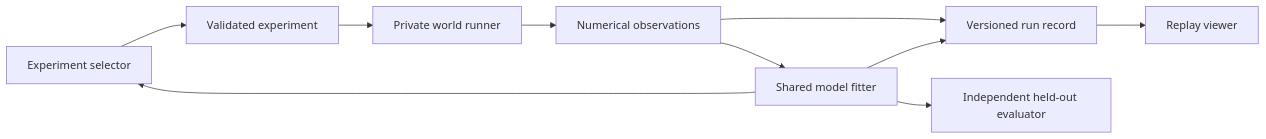
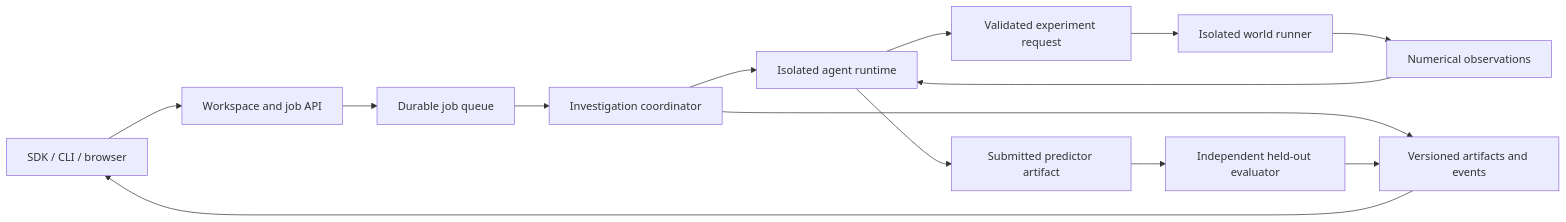
Before and after one commit to spei04/strange-physics: the diagram in docs/PLAN.md, drawn with Mermaid. The commit also changed other lines of this file and 4 other files, not shown here.

Commit message:
Define production platform scope and accepted architecture decisions

````diff
--- a/docs/PLAN.md
+++ b/docs/PLAN.md
@@ -37,12 +51,16 @@
 ```mermaid
 flowchart LR
-    Selector[Experiment selector] --> Request[Validated experiment]
-    Request --> Simulator[Private world runner]
+    Clients[SDK / CLI / browser] --> API[Workspace and job API]
+    API --> Jobs[Durable job queue]
+    Jobs --> Worker[Investigation coordinator]
+    Worker --> Agent[Isolated agent runtime]
+    Agent --> Request[Validated experiment request]
+    Request --> Simulator[Isolated world runner]
     Simulator --> Observation[Numerical observations]
-    Observation --> Fitter[Shared model fitter]
-    Fitter --> Selector
-    Observation --> Log[Versioned run record]
-    Fitter --> Log
-    Fitter --> Evaluator[Independent held-out evaluator]
-    Log --> Viewer[Replay viewer]
+    Observation --> Agent
+    Agent --> Predictor[Submitted predictor artifact]
+    Predictor --> Evaluator[Independent held-out evaluator]
+    Worker --> Log[Versioned artifacts and events]
+    Evaluator --> Log
+    Log --> Clients
 ```
````
